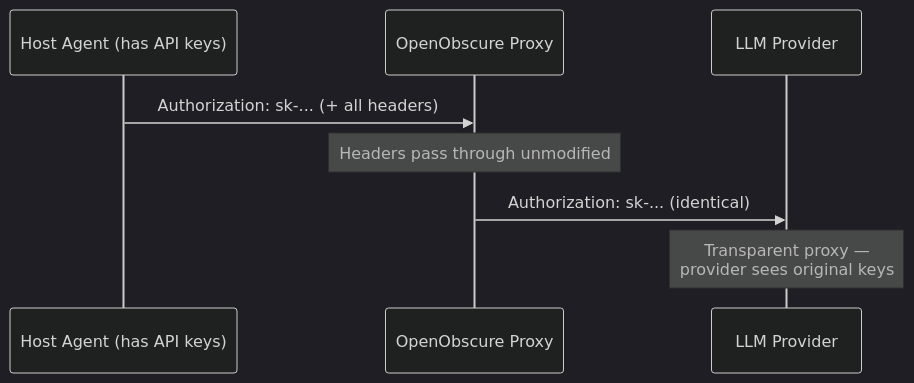
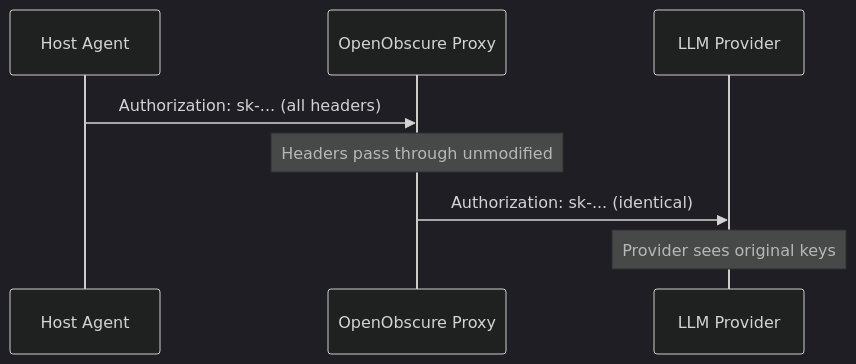
The ninth of 14 diagrams in ARCHITECTURE.md (OpenObscure/OpenObscure), drawn with Mermaid (dark theme) before and after one commit. The commit also changed other lines of this file and 4 other files, not shown here.

First line of the commit message:
Convert all mermaid diagrams to grayscale and fix text/box overlaps

````diff
--- a/ARCHITECTURE.md
+++ b/ARCHITECTURE.md
@@ -319,11 +319,11 @@
 ```mermaid
 sequenceDiagram
-    participant A as Host Agent (has API keys)
+    participant A as Host Agent
     participant P as OpenObscure Proxy
     participant L as LLM Provider
 
-    A->>P: Authorization: sk-... (+ all headers)
+    A->>P: Authorization: sk-... (all headers)
     Note over P: Headers pass through unmodified
     P->>L: Authorization: sk-... (identical)
-    Note over L: Transparent proxy —<br/>provider sees original keys
+    Note over L: Provider sees original keys
 ```
````
